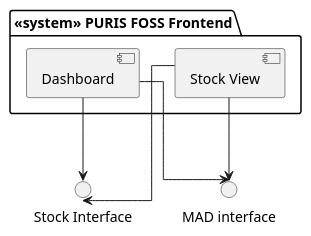
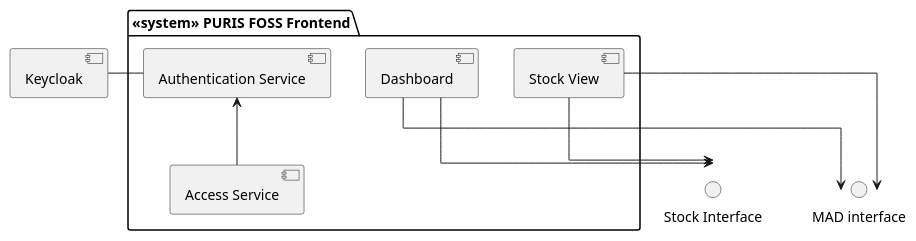
One commit to eclipse-tractusx/puris changed the diagram in docs/arc42/puml/05-level-1-frontend.puml. Above: the diagram before and after it, drawn with PlantUML. The commit also changed 20 other files, not shown here.

```diff
--- a/docs/arc42/puml/05-level-1-frontend.puml
+++ b/docs/arc42/puml/05-level-1-frontend.puml
@@ -1,16 +1,25 @@
 @startuml
 skinparam linetype ortho
 
 package "<<system>> PURIS FOSS Frontend"{
 
   [Stock View] as stock_view
   [Dashboard] as dashboard
+  [Authentication Service] as auth_service
+  [Access Service] as access_service
+
+  auth_service <-- access_service
 
 }
+
+[Keycloak] as idp
+
+idp - auth_service
+
 stock_view --> "Stock Interface"
 stock_view --> "MAD interface"
 
 dashboard --> "Stock Interface"
 dashboard --> "MAD interface"
 
 @enduml
```
